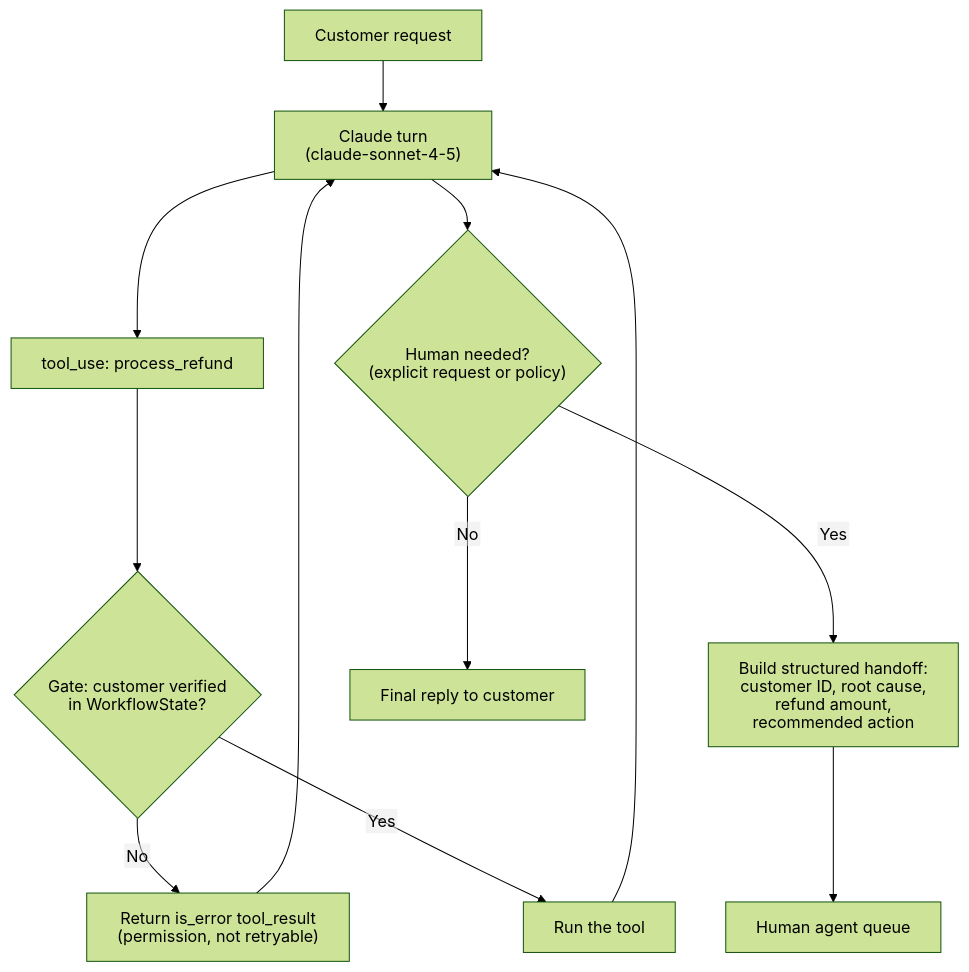
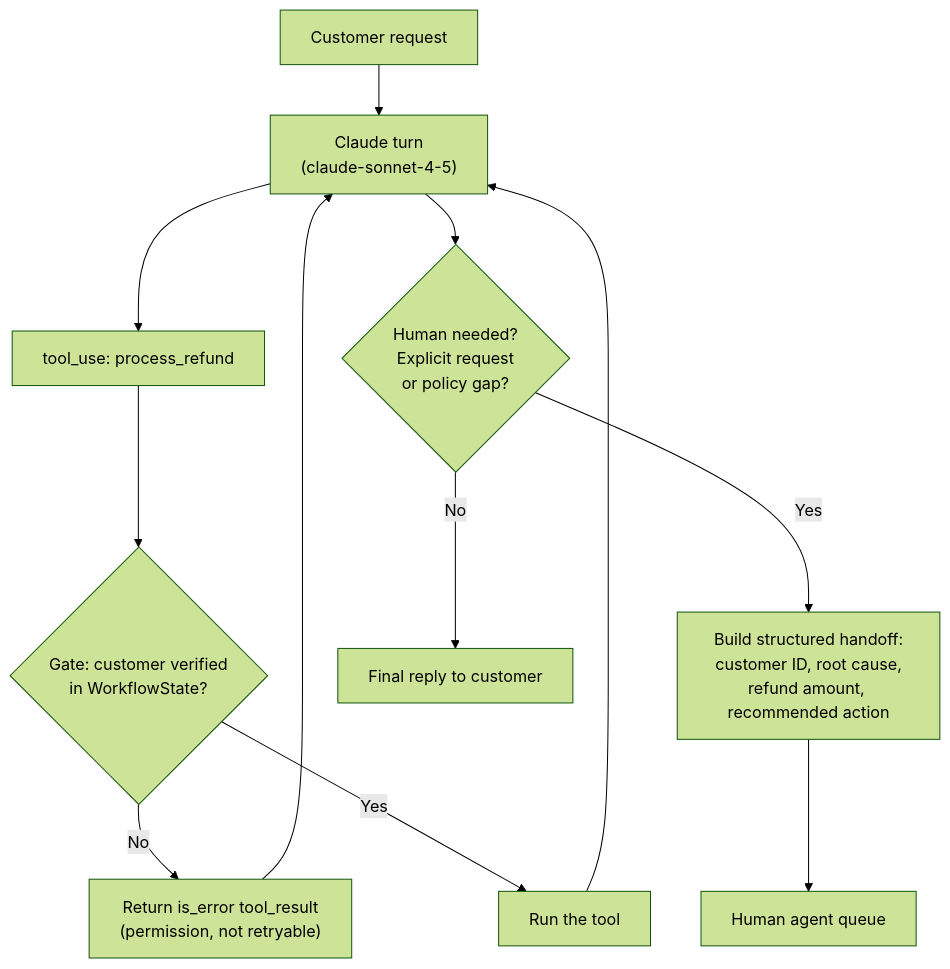
Before and after one commit to dip4k/claude_cert_architect_foundation_prep: the diagram in domain1/ts_1_4_prerequisite_enforcement/README.md, drawn with Mermaid (forest theme). The commit also changed 99 other files, not shown here.

````diff
--- a/domain1/ts_1_4_prerequisite_enforcement/README.md
+++ b/domain1/ts_1_4_prerequisite_enforcement/README.md
@@ -105,20 +105,16 @@
 ```mermaid
----
-config:
-  htmlLabels: false
----
 flowchart TD
     Req["Customer request"] --> Claude["Claude turn<br>(claude-sonnet-4-5)"]
     Claude --> Call["tool_use: process_refund"]
     Call --> Gate{"Gate: customer verified<br>in WorkflowState?"}
 
     Gate -->|"No"| Block["Return is_error tool_result<br>(permission, not retryable)"]
     Block --> Claude
     Gate -->|"Yes"| Run["Run the tool"]
     Run --> Claude
 
-    Claude --> Esc{"Human needed?<br>(explicit request or policy)"}
+    Claude --> Esc{"Human needed?<br>Explicit request<br>or policy gap?"}
     Esc -->|"Yes"| Summary["Build structured handoff:<br>customer ID, root cause,<br>refund amount, recommended action"]
     Summary --> Human["Human agent queue"]
     Esc -->|"No"| Reply["Final reply to customer"]
 ```
````
